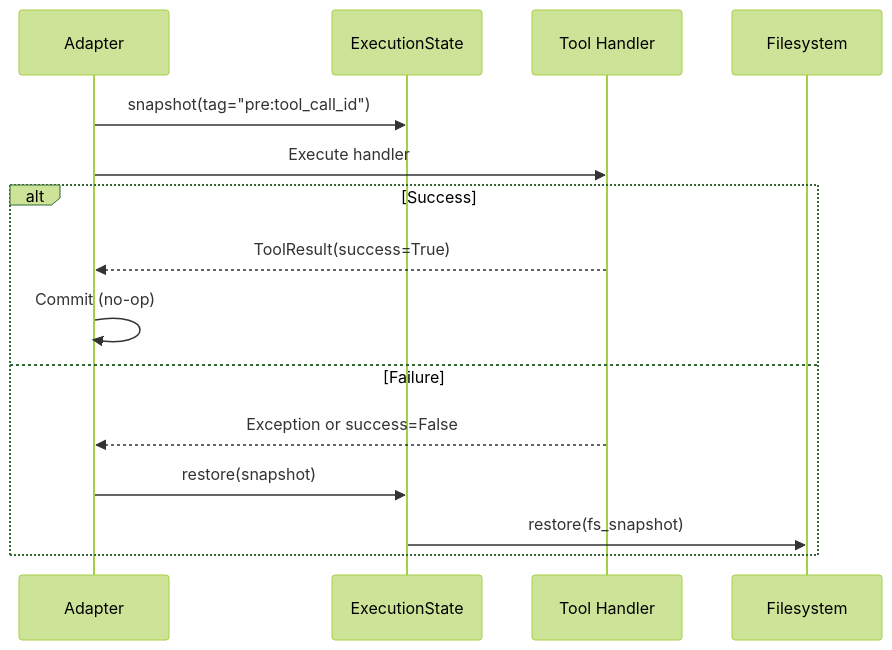
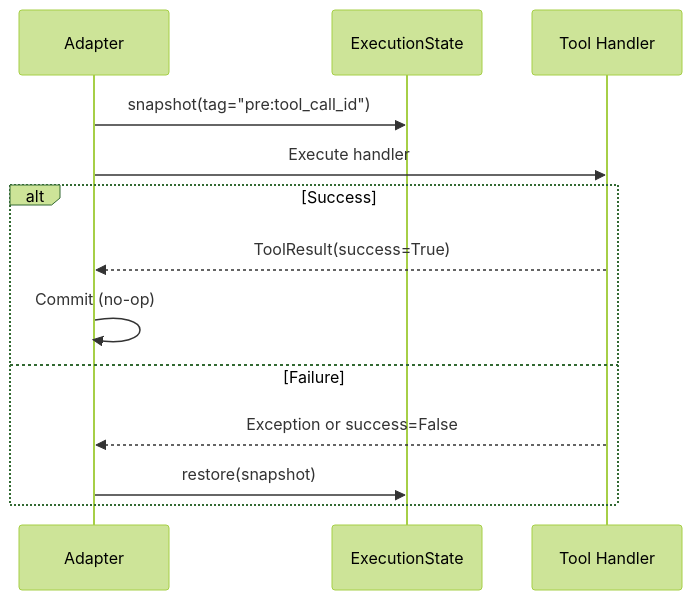
The second of 2 diagrams in specs/EXECUTION_STATE.md (weakincentives/weakincentives), drawn with Mermaid (forest theme) before and after one commit. The commit also changed other lines of this file, not shown here.

````diff
--- a/specs/EXECUTION_STATE.md
+++ b/specs/EXECUTION_STATE.md
@@ -308,18 +249,16 @@
 ```mermaid
 sequenceDiagram
     participant A as Adapter
     participant E as ExecutionState
     participant T as Tool Handler
-    participant F as Filesystem
 
     A->>E: snapshot(tag="pre:tool_call_id")
     A->>T: Execute handler
     alt Success
         T-->>A: ToolResult(success=True)
         A->>A: Commit (no-op)
     else Failure
         T-->>A: Exception or success=False
         A->>E: restore(snapshot)
-        E->>F: restore(fs_snapshot)
     end
 ```
````
